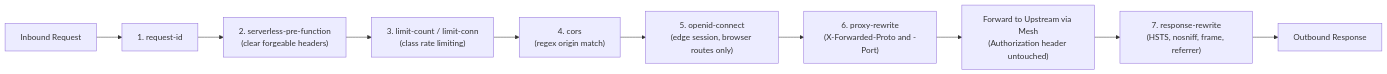
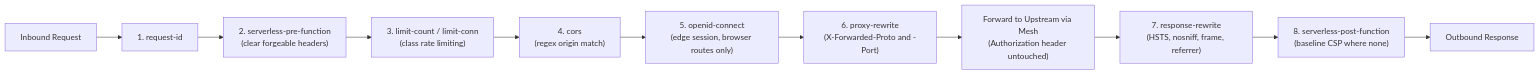
One commit to marek-mraz-jc/joinedcontext-docs changed the second of 2 diagrams in Deployment/10-edge-routing-apisix.md. Above: the diagram before and after it, drawn with Mermaid. The commit also changed other lines of this file and 2 other files, not shown here.

Commit message:
T-1517: OPS-34 restated: the upstream owns its CSP, the edge adds a baseline only where none is sent (owner decision 2026-09-25)

````diff
--- a/Deployment/10-edge-routing-apisix.md
+++ b/Deployment/10-edge-routing-apisix.md
@@ -241,12 +241,13 @@
 ```mermaid
 flowchart LR
     InReq["Inbound Request"] --> P1["1. request-id"]
     P1 --> P2["2. serverless-pre-function<br/>(clear forgeable headers)"]
     P2 --> P3["3. limit-count / limit-conn<br/>(class rate limiting)"]
     P3 --> P4["4. cors<br/>(regex origin match)"]
     P4 --> P5["5. openid-connect<br/>(edge session, browser routes only)"]
     P5 --> P6["6. proxy-rewrite<br/>(X-Forwarded-Proto and -Port)"]
     P6 --> Forward["Forward to Upstream via Mesh<br/>(Authorization header untouched)"]
     Forward --> P7["7. response-rewrite<br/>(HSTS, nosniff, frame, referrer)"]
-    P7 --> OutResp["Outbound Response"]
+    P7 --> P8["8. serverless-post-function<br/>(baseline CSP where none)"]
+    P8 --> OutResp["Outbound Response"]
 ```
````
